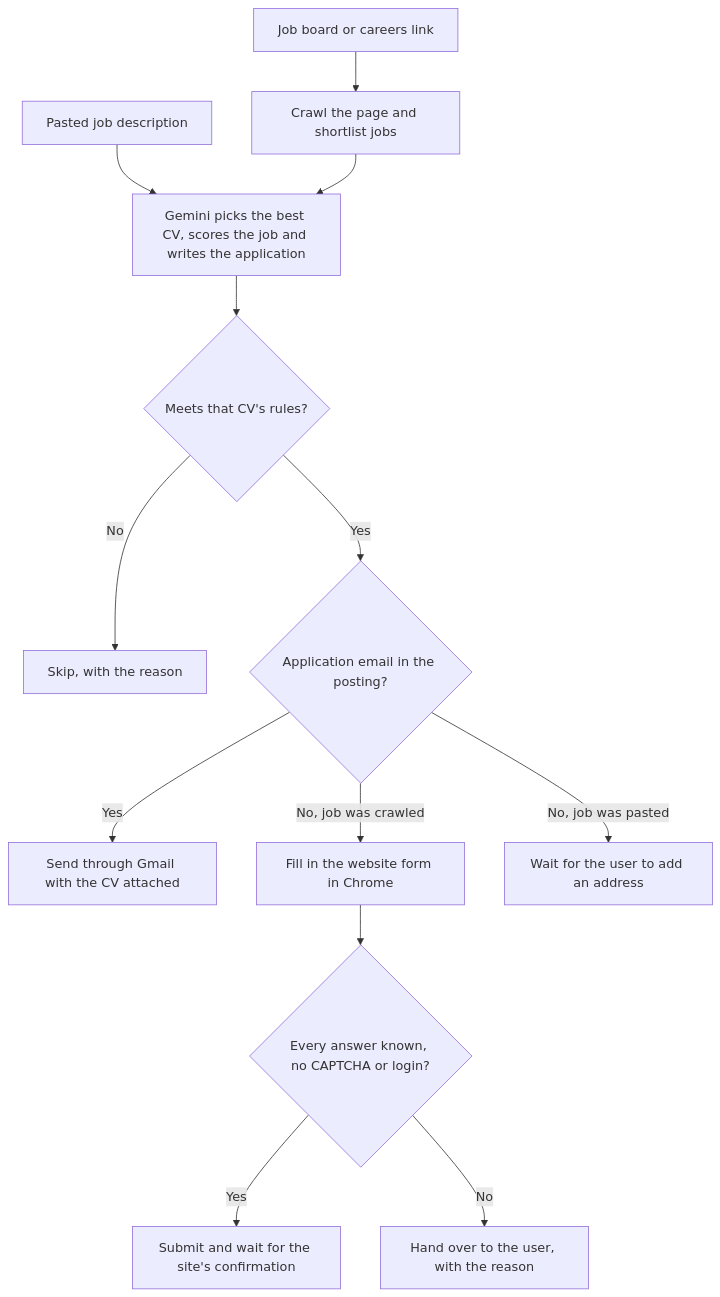
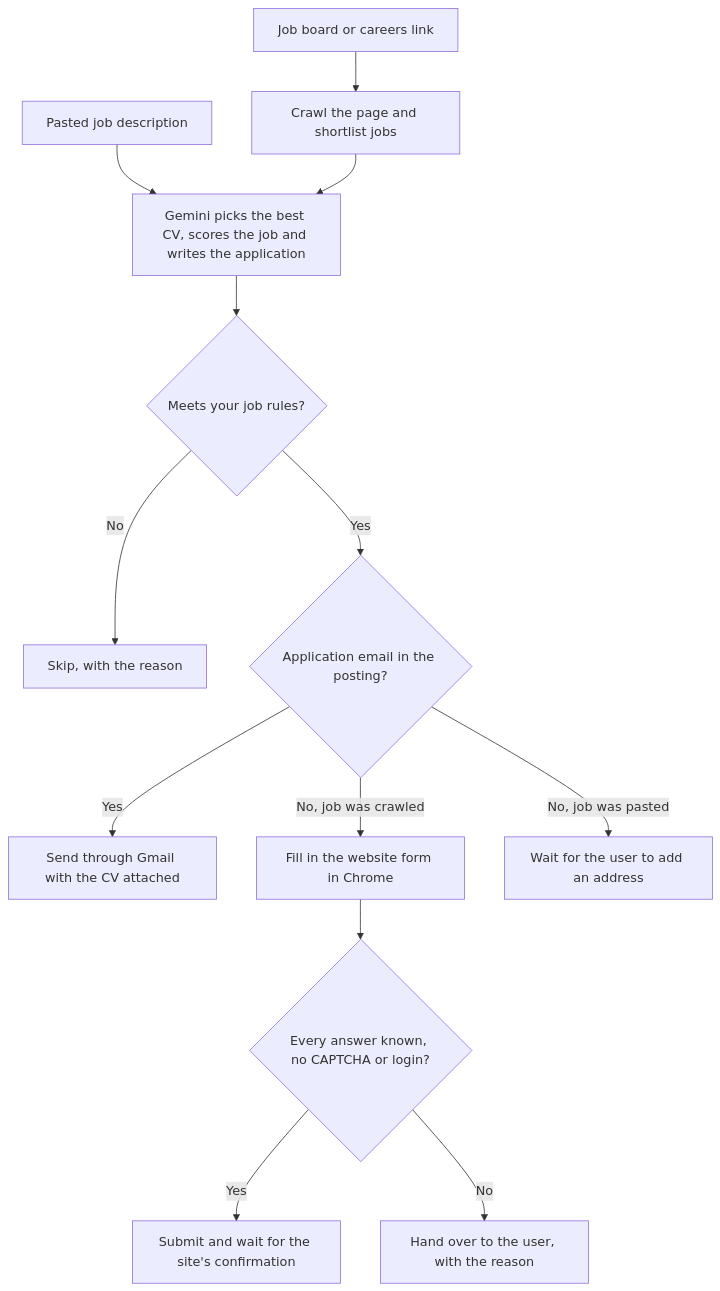
Before and after one commit to lord-hamza/job-finder: the diagram in README.md, drawn with Mermaid. The commit also changed other lines of this file and 17 other files, not shown here.

First line of the commit message:
Support any number of CVs with adjustable job rules

````diff
--- a/README.md
+++ b/README.md
@@ -8,15 +8,15 @@
 ```mermaid
 flowchart TD
     A["Pasted job description"] --> C
     B["Job board or careers link"] --> T["Crawl the page and shortlist jobs"]
     T --> C["Gemini picks the best CV, scores the job and writes the application"]
-    C --> R{"Meets that CV's rules?"}
+    C --> R{"Meets your job rules?"}
     R -- No --> S["Skip, with the reason"]
     R -- Yes --> E{"Application email in the posting?"}
     E -- Yes --> M["Send through Gmail with the CV attached"]
     E -- "No, job was crawled" --> F["Fill in the website form in Chrome"]
     E -- "No, job was pasted" --> W["Wait for the user to add an address"]
     F --> Q{"Every answer known, no CAPTCHA or login?"}
     Q -- Yes --> U["Submit and wait for the site's confirmation"]
     Q -- No --> H["Hand over to the user, with the reason"]
 ```
````
